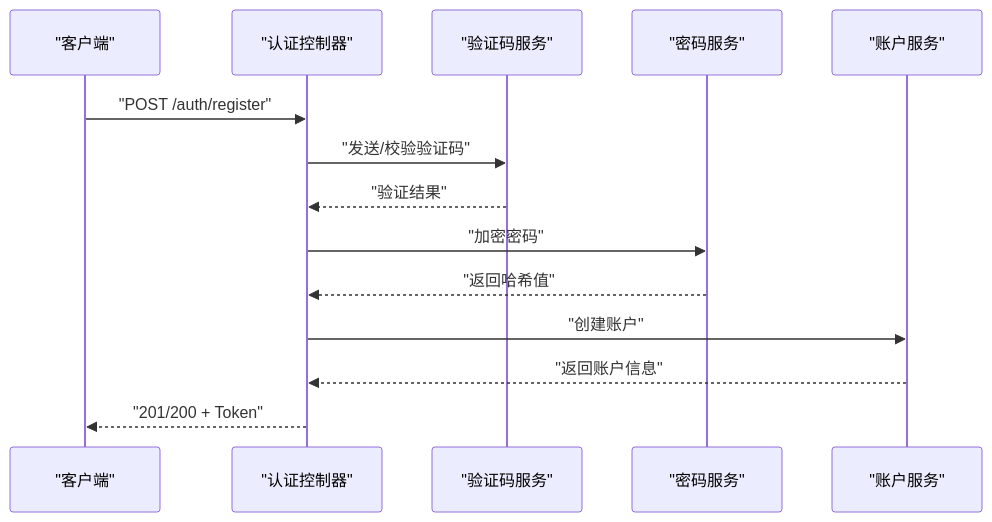
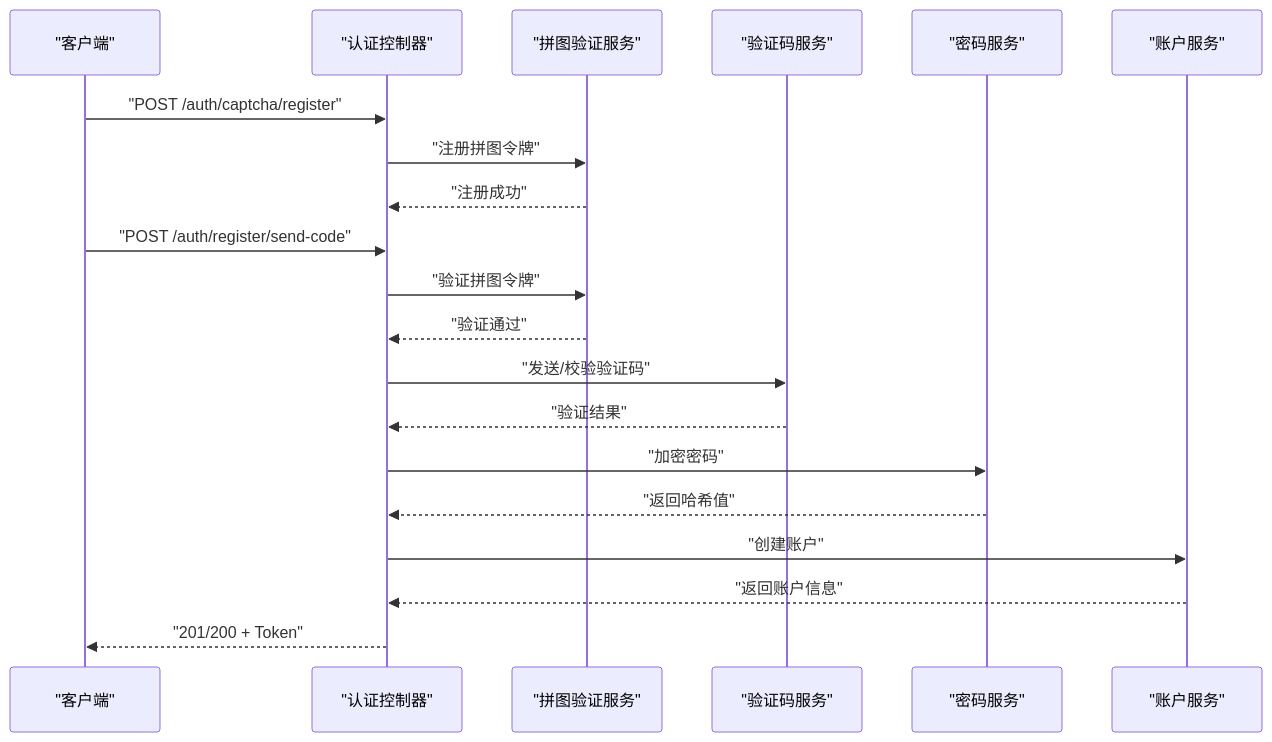
Before and after one commit to rc558620/purelyprofit-server: the sixth of 12 diagrams in .qoder/repowiki/zh/content/认证授权系统/JWT 认证机制.md, drawn with Mermaid. The commit also changed other lines of this file and 55 other files, not shown here.

````diff
--- a/.qoder/repowiki/zh/content/认证授权系统/JWT 认证机制.md
+++ b/.qoder/repowiki/zh/content/认证授权系统/JWT 认证机制.md
@@ -251,16 +267,22 @@
 ```mermaid
 sequenceDiagram
 participant Client as "客户端"
 participant Ctrl as "认证控制器"
+participant CaptchaSvc as "拼图验证服务"
 participant CodeSvc as "验证码服务"
 participant PasswdSvc as "密码服务"
 participant AccountSvc as "账户服务"
-Client->>Ctrl : "POST /auth/register"
+Client->>Ctrl : "POST /auth/captcha/register"
+Ctrl->>CaptchaSvc : "注册拼图令牌"
+CaptchaSvc-->>Ctrl : "注册成功"
+Client->>Ctrl : "POST /auth/register/send-code"
+Ctrl->>CaptchaSvc : "验证拼图令牌"
+CaptchaSvc-->>Ctrl : "验证通过"
 Ctrl->>CodeSvc : "发送/校验验证码"
 CodeSvc-->>Ctrl : "验证结果"
 Ctrl->>PasswdSvc : "加密密码"
 PasswdSvc-->>Ctrl : "返回哈希值"
 Ctrl->>AccountSvc : "创建账户"
 AccountSvc-->>Ctrl : "返回账户信息"
 Ctrl-->>Client : "201/200 + Token"
 ```
````
